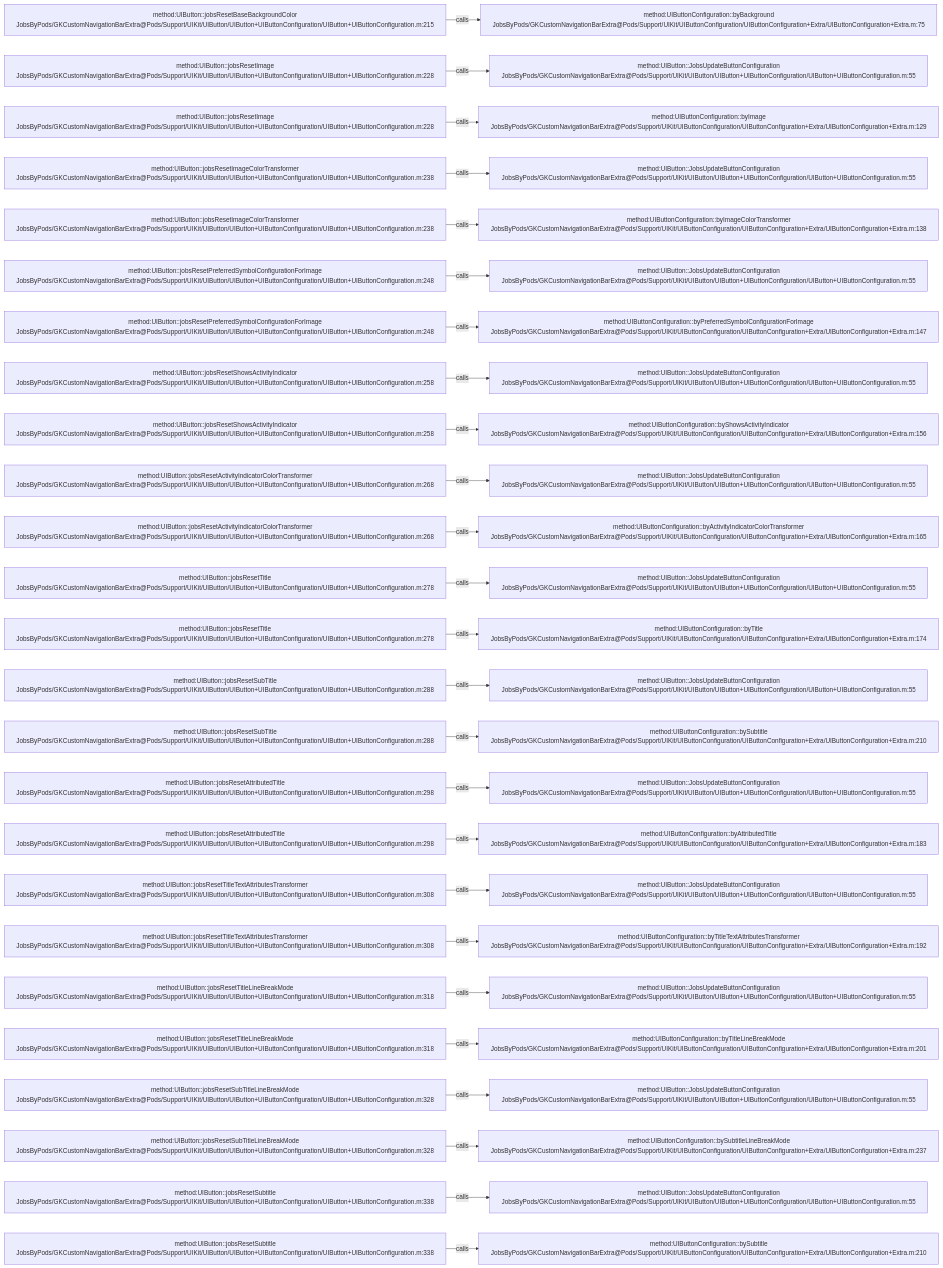
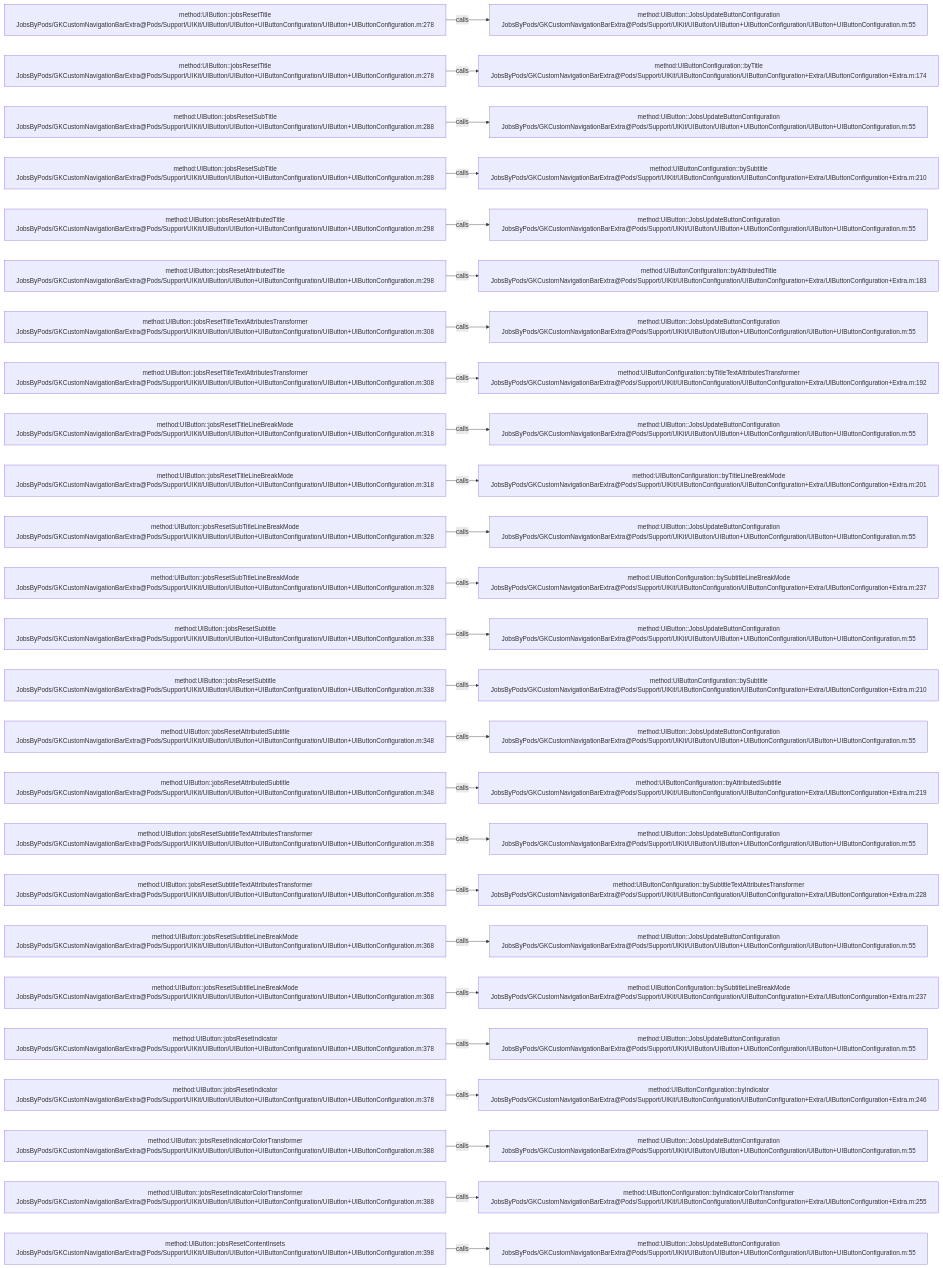
Before and after one commit to JobsKits/JobsOCBaseConfigDemo: the diagram in .codegraph/codegraph.md/graphs/calls-034.md, drawn with Mermaid. The commit also changed 223 other files, not shown here.

````diff
--- a/.codegraph/codegraph.md/graphs/calls-034.md
+++ b/.codegraph/codegraph.md/graphs/calls-034.md
@@ -13,78 +13,78 @@
 ```mermaid
 flowchart LR
-  S1["method:UIButton::jobsResetBaseBackgroundColor<br/>JobsByPods/GKCustomNavigationBarExtra@Pods/Support/UIKit/UIButton/UIButton+UIButtonConfiguration/UIButton+UIButtonConfiguration.m:215"]
-  T1["method:UIButtonConfiguration::byBackground<br/>JobsByPods/GKCustomNavigationBarExtra@Pods/Support/UIKit/UIButtonConfiguration/UIButtonConfiguration+Extra/UIButtonConfiguration+Extra.m:75"]
+  S1["method:UIButton::jobsResetTitle<br/>JobsByPods/GKCustomNavigationBarExtra@Pods/Support/UIKit/UIButton/UIButton+UIButtonConfiguration/UIButton+UIButtonConfiguration.m:278"]
+  T1["method:UIButton::JobsUpdateButtonConfiguration<br/>JobsByPods/GKCustomNavigationBarExtra@Pods/Support/UIKit/UIButton/UIButton+UIButtonConfiguration/UIButton+UIButtonConfiguration.m:55"]
   S1 -->|calls| T1
-  S2["method:UIButton::jobsResetImage<br/>JobsByPods/GKCustomNavigationBarExtra@Pods/Support/UIKit/UIButton/UIButton+UIButtonConfiguration/UIButton+UIButtonConfiguration.m:228"]
-  T2["method:UIButton::JobsUpdateButtonConfiguration<br/>JobsByPods/GKCustomNavigationBarExtra@Pods/Support/UIKit/UIButton/UIButton+UIButtonConfiguration/UIButton+UIButtonConfiguration.m:55"]
+  S2["method:UIButton::jobsResetTitle<br/>JobsByPods/GKCustomNavigationBarExtra@Pods/Support/UIKit/UIButton/UIButton+UIButtonConfiguration/UIButton+UIButtonConfiguration.m:278"]
+  T2["method:UIButtonConfiguration::byTitle<br/>JobsByPods/GKCustomNavigationBarExtra@Pods/Support/UIKit/UIButtonConfiguration/UIButtonConfiguration+Extra/UIButtonConfiguration+Extra.m:174"]
   S2 -->|calls| T2
-  S3["method:UIButton::jobsResetImage<br/>JobsByPods/GKCustomNavigationBarExtra@Pods/Support/UIKit/UIButton/UIButton+UIButtonConfiguration/UIButton+UIButtonConfiguration.m:228"]
-  T3["method:UIButtonConfiguration::byImage<br/>JobsByPods/GKCustomNavigationBarExtra@Pods/Support/UIKit/UIButtonConfiguration/UIButtonConfiguration+Extra/UIButtonConfiguration+Extra.m:129"]
+  S3["method:UIButton::jobsResetSubTitle<br/>JobsByPods/GKCustomNavigationBarExtra@Pods/Support/UIKit/UIButton/UIButton+UIButtonConfiguration/UIButton+UIButtonConfiguration.m:288"]
+  T3["method:UIButton::JobsUpdateButtonConfiguration<br/>JobsByPods/GKCustomNavigationBarExtra@Pods/Support/UIKit/UIButton/UIButton+UIButtonConfiguration/UIButton+UIButtonConfiguration.m:55"]
   S3 -->|calls| T3
-  S4["method:UIButton::jobsResetImageColorTransformer<br/>JobsByPods/GKCustomNavigationBarExtra@Pods/Support/UIKit/UIButton/UIButton+UIButtonConfiguration/UIButton+UIButtonConfiguration.m:238"]
-  T4["method:UIButton::JobsUpdateButtonConfiguration<br/>JobsByPods/GKCustomNavigationBarExtra@Pods/Support/UIKit/UIButton/UIButton+UIButtonConfiguration/UIButton+UIButtonConfiguration.m:55"]
+  S4["method:UIButton::jobsResetSubTitle<br/>JobsByPods/GKCustomNavigationBarExtra@Pods/Support/UIKit/UIButton/UIButton+UIButtonConfiguration/UIButton+UIButtonConfiguration.m:288"]
+  T4["method:UIButtonConfiguration::bySubtitle<br/>JobsByPods/GKCustomNavigationBarExtra@Pods/Support/UIKit/UIButtonConfiguration/UIButtonConfiguration+Extra/UIButtonConfiguration+Extra.m:210"]
   S4 -->|calls| T4
-  S5["method:UIButton::jobsResetImageColorTransformer<br/>JobsByPods/GKCustomNavigationBarExtra@Pods/Support/UIKit/UIButton/UIButton+UIButtonConfiguration/UIButton+UIButtonConfiguration.m:238"]
-  T5["method:UIButtonConfiguration::byImageColorTransformer<br/>JobsByPods/GKCustomNavigationBarExtra@Pods/Support/UIKit/UIButtonConfiguration/UIButtonConfiguration+Extra/UIButtonConfiguration+Extra.m:138"]
+  S5["method:UIButton::jobsResetAttributedTitle<br/>JobsByPods/GKCustomNavigationBarExtra@Pods/Support/UIKit/UIButton/UIButton+UIButtonConfiguration/UIButton+UIButtonConfiguration.m:298"]
+  T5["method:UIButton::JobsUpdateButtonConfiguration<br/>JobsByPods/GKCustomNavigationBarExtra@Pods/Support/UIKit/UIButton/UIButton+UIButtonConfiguration/UIButton+UIButtonConfiguration.m:55"]
   S5 -->|calls| T5
-  S6["method:UIButton::jobsResetPreferredSymbolConfigurationForImage<br/>JobsByPods/GKCustomNavigationBarExtra@Pods/Support/UIKit/UIButton/UIButton+UIButtonConfiguration/UIButton+UIButtonConfiguration.m:248"]
-  T6["method:UIButton::JobsUpdateButtonConfiguration<br/>JobsByPods/GKCustomNavigationBarExtra@Pods/Support/UIKit/UIButton/UIButton+UIButtonConfiguration/UIButton+UIButtonConfiguration.m:55"]
+  S6["method:UIButton::jobsResetAttributedTitle<br/>JobsByPods/GKCustomNavigationBarExtra@Pods/Support/UIKit/UIButton/UIButton+UIButtonConfiguration/UIButton+UIButtonConfiguration.m:298"]
+  T6["method:UIButtonConfiguration::byAttributedTitle<br/>JobsByPods/GKCustomNavigationBarExtra@Pods/Support/UIKit/UIButtonConfiguration/UIButtonConfiguration+Extra/UIButtonConfiguration+Extra.m:183"]
   S6 -->|calls| T6
-  S7["method:UIButton::jobsResetPreferredSymbolConfigurationForImage<br/>JobsByPods/GKCustomNavigationBarExtra@Pods/Support/UIKit/UIButton/UIButton+UIButtonConfiguration/UIButton+UIButtonConfiguration.m:248"]
-  T7["method:UIButtonConfiguration::byPreferredSymbolConfigurationForImage<br/>JobsByPods/GKCustomNavigationBarExtra@Pods/Support/UIKit/UIButtonConfiguration/UIButtonConfiguration+Extra/UIButtonConfiguration+Extra.m:147"]
+  S7["method:UIButton::jobsResetTitleTextAttributesTransformer<br/>JobsByPods/GKCustomNavigationBarExtra@Pods/Support/UIKit/UIButton/UIButton+UIButtonConfiguration/UIButton+UIButtonConfiguration.m:308"]
+  T7["method:UIButton::JobsUpdateButtonConfiguration<br/>JobsByPods/GKCustomNavigationBarExtra@Pods/Support/UIKit/UIButton/UIButton+UIButtonConfiguration/UIButton+UIButtonConfiguration.m:55"]
   S7 -->|calls| T7
-  S8["method:UIButton::jobsResetShowsActivityIndicator<br/>JobsByPods/GKCustomNavigationBarExtra@Pods/Support/UIKit/UIButton/UIButton+UIButtonConfiguration/UIButton+UIButtonConfiguration.m:258"]
-  T8["method:UIButton::JobsUpdateButtonConfiguration<br/>JobsByPods/GKCustomNavigationBarExtra@Pods/Support/UIKit/UIButton/UIButton+UIButtonConfiguration/UIButton+UIButtonConfiguration.m:55"]
+  S8["method:UIButton::jobsResetTitleTextAttributesTransformer<br/>JobsByPods/GKCustomNavigationBarExtra@Pods/Support/UIKit/UIButton/UIButton+UIButtonConfiguration/UIButton+UIButtonConfiguration.m:308"]
+  T8["method:UIButtonConfiguration::byTitleTextAttributesTransformer<br/>JobsByPods/GKCustomNavigationBarExtra@Pods/Support/UIKit/UIButtonConfiguration/UIButtonConfiguration+Extra/UIButtonConfiguration+Extra.m:192"]
   S8 -->|calls| T8
-  S9["method:UIButton::jobsResetShowsActivityIndicator<br/>JobsByPods/GKCustomNavigationBarExtra@Pods/Support/UIKit/UIButton/UIButton+UIButtonConfiguration/UIButton+UIButtonConfiguration.m:258"]
-  T9["method:UIButtonConfiguration::byShowsActivityIndicator<br/>JobsByPods/GKCustomNavigationBarExtra@Pods/Support/UIKit/UIButtonConfiguration/UIButtonConfiguration+Extra/UIButtonConfiguration+Extra.m:156"]
+  S9["method:UIButton::jobsResetTitleLineBreakMode<br/>JobsByPods/GKCustomNavigationBarExtra@Pods/Support/UIKit/UIButton/UIButton+UIButtonConfiguration/UIButton+UIButtonConfiguration.m:318"]
+  T9["method:UIButton::JobsUpdateButtonConfiguration<br/>JobsByPods/GKCustomNavigationBarExtra@Pods/Support/UIKit/UIButton/UIButton+UIButtonConfiguration/UIButton+UIButtonConfiguration.m:55"]
   S9 -->|calls| T9
-  S10["method:UIButton::jobsResetActivityIndicatorColorTransformer<br/>JobsByPods/GKCustomNavigationBarExtra@Pods/Support/UIKit/UIButton/UIButton+UIButtonConfiguration/UIButton+UIButtonConfiguration.m:268"]
-  T10["method:UIButton::JobsUpdateButtonConfiguration<br/>JobsByPods/GKCustomNavigationBarExtra@Pods/Support/UIKit/UIButton/UIButton+UIButtonConfiguration/UIButton+UIButtonConfiguration.m:55"]
+  S10["method:UIButton::jobsResetTitleLineBreakMode<br/>JobsByPods/GKCustomNavigationBarExtra@Pods/Support/UIKit/UIButton/UIButton+UIButtonConfiguration/UIButton+UIButtonConfiguration.m:318"]
+  T10["method:UIButtonConfiguration::byTitleLineBreakMode<br/>JobsByPods/GKCustomNavigationBarExtra@Pods/Support/UIKit/UIButtonConfiguration/UIButtonConfiguration+Extra/UIButtonConfiguration+Extra.m:201"]
   S10 -->|calls| T10
-  S11["method:UIButton::jobsResetActivityIndicatorColorTransformer<br/>JobsByPods/GKCustomNavigationBarExtra@Pods/Support/UIKit/UIButton/UIButton+UIButtonConfiguration/UIButton+UIButtonConfiguration.m:268"]
-  T11["method:UIButtonConfiguration::byActivityIndicatorColorTransformer<br/>JobsByPods/GKCustomNavigationBarExtra@Pods/Support/UIKit/UIButtonConfiguration/UIButtonConfiguration+Extra/UIButtonConfiguration+Extra.m:165"]
+  S11["method:UIButton::jobsResetSubTitleLineBreakMode<br/>JobsByPods/GKCustomNavigationBarExtra@Pods/Support/UIKit/UIButton/UIButton+UIButtonConfiguration/UIButton+UIButtonConfiguration.m:328"]
+  T11["method:UIButton::JobsUpdateButtonConfiguration<br/>JobsByPods/GKCustomNavigationBarExtra@Pods/Support/UIKit/UIButton/UIButton+UIButtonConfiguration/UIButton+UIButtonConfiguration.m:55"]
   S11 -->|calls| T11
-  S12["method:UIButton::jobsResetTitle<br/>JobsByPods/GKCustomNavigationBarExtra@Pods/Support/UIKit/UIButton/UIButton+UIButtonConfiguration/UIButton+UIButtonConfiguration.m:278"]
-  T12["method:UIButton::JobsUpdateButtonConfiguration<br/>JobsByPods/GKCustomNavigationBarExtra@Pods/Support/UIKit/UIButton/UIButton+UIButtonConfiguration/UIButton+UIButtonConfiguration.m:55"]
+  S12["method:UIButton::jobsResetSubTitleLineBreakMode<br/>JobsByPods/GKCustomNavigationBarExtra@Pods/Support/UIKit/UIButton/UIButton+UIButtonConfiguration/UIButton+UIButtonConfiguration.m:328"]
+  T12["method:UIButtonConfiguration::bySubtitleLineBreakMode<br/>JobsByPods/GKCustomNavigationBarExtra@Pods/Support/UIKit/UIButtonConfiguration/UIButtonConfiguration+Extra/UIButtonConfiguration+Extra.m:237"]
   S12 -->|calls| T12
-  S13["method:UIButton::jobsResetTitle<br/>JobsByPods/GKCustomNavigationBarExtra@Pods/Support/UIKit/UIButton/UIButton+UIButtonConfiguration/UIButton+UIButtonConfiguration.m:278"]
-  T13["method:UIButtonConfiguration::byTitle<br/>JobsByPods/GKCustomNavigationBarExtra@Pods/Support/UIKit/UIButtonConfiguration/UIButtonConfiguration+Extra/UIButtonConfiguration+Extra.m:174"]
+  S13["method:UIButton::jobsResetSubtitle<br/>JobsByPods/GKCustomNavigationBarExtra@Pods/Support/UIKit/UIButton/UIButton+UIButtonConfiguration/UIButton+UIButtonConfiguration.m:338"]
+  T13["method:UIButton::JobsUpdateButtonConfiguration<br/>JobsByPods/GKCustomNavigationBarExtra@Pods/Support/UIKit/UIButton/UIButton+UIButtonConfiguration/UIButton+UIButtonConfiguration.m:55"]
   S13 -->|calls| T13
-  S14["method:UIButton::jobsResetSubTitle<br/>JobsByPods/GKCustomNavigationBarExtra@Pods/Support/UIKit/UIButton/UIButton+UIButtonConfiguration/UIButton+UIButtonConfiguration.m:288"]
-  T14["method:UIButton::JobsUpdateButtonConfiguration<br/>JobsByPods/GKCustomNavigationBarExtra@Pods/Support/UIKit/UIButton/UIButton+UIButtonConfiguration/UIButton+UIButtonConfiguration.m:55"]
+  S14["method:UIButton::jobsResetSubtitle<br/>JobsByPods/GKCustomNavigationBarExtra@Pods/Support/UIKit/UIButton/UIButton+UIButtonConfiguration/UIButton+UIButtonConfiguration.m:338"]
+  T14["method:UIButtonConfiguration::bySubtitle<br/>JobsByPods/GKCustomNavigationBarExtra@Pods/Support/UIKit/UIButtonConfiguration/UIButtonConfiguration+Extra/UIButtonConfiguration+Extra.m:210"]
   S14 -->|calls| T14
-  S15["method:UIButton::jobsResetSubTitle<br/>JobsByPods/GKCustomNavigationBarExtra@Pods/Support/UIKit/UIButton/UIButton+UIButtonConfiguration/UIButton+UIButtonConfiguration.m:288"]
-  T15["method:UIButtonConfiguration::bySubtitle<br/>JobsByPods/GKCustomNavigationBarExtra@Pods/Support/UIKit/UIButtonConfiguration/UIButtonConfiguration+Extra/UIButtonConfiguration+Extra.m:210"]
+  S15["method:UIButton::jobsResetAttributedSubtitle<br/>JobsByPods/GKCustomNavigationBarExtra@Pods/Support/UIKit/UIButton/UIButton+UIButtonConfiguration/UIButton+UIButtonConfiguration.m:348"]
+  T15["method:UIButton::JobsUpdateButtonConfiguration<br/>JobsByPods/GKCustomNavigationBarExtra@Pods/Support/UIKit/UIButton/UIButton+UIButtonConfiguration/UIButton+UIButtonConfiguration.m:55"]
   S15 -->|calls| T15
-  S16["method:UIButton::jobsResetAttributedTitle<br/>JobsByPods/GKCustomNavigationBarExtra@Pods/Support/UIKit/UIButton/UIButton+UIButtonConfiguration/UIButton+UIButtonConfiguration.m:298"]
-  T16["method:UIButton::JobsUpdateButtonConfiguration<br/>JobsByPods/GKCustomNavigationBarExtra@Pods/Support/UIKit/UIButton/UIButton+UIButtonConfiguration/UIButton+UIButtonConfiguration.m:55"]
+  S16["method:UIButton::jobsResetAttributedSubtitle<br/>JobsByPods/GKCustomNavigationBarExtra@Pods/Support/UIKit/UIButton/UIButton+UIButtonConfiguration/UIButton+UIButtonConfiguration.m:348"]
+  T16["method:UIButtonConfiguration::byAttributedSubtitle<br/>JobsByPods/GKCustomNavigationBarExtra@Pods/Support/UIKit/UIButtonConfiguration/UIButtonConfiguration+Extra/UIButtonConfiguration+Extra.m:219"]
   S16 -->|calls| T16
-  S17["method:UIButton::jobsResetAttributedTitle<br/>JobsByPods/GKCustomNavigationBarExtra@Pods/Support/UIKit/UIButton/UIButton+UIButtonConfiguration/UIButton+UIButtonConfiguration.m:298"]
-  T17["method:UIButtonConfiguration::byAttributedTitle<br/>JobsByPods/GKCustomNavigationBarExtra@Pods/Support/UIKit/UIButtonConfiguration/UIButtonConfiguration+Extra/UIButtonConfiguration+Extra.m:183"]
+  S17["method:UIButton::jobsResetSubtitleTextAttributesTransformer<br/>JobsByPods/GKCustomNavigationBarExtra@Pods/Support/UIKit/UIButton/UIButton+UIButtonConfiguration/UIButton+UIButtonConfiguration.m:358"]
+  T17["method:UIButton::JobsUpdateButtonConfiguration<br/>JobsByPods/GKCustomNavigationBarExtra@Pods/Support/UIKit/UIButton/UIButton+UIButtonConfiguration/UIButton+UIButtonConfiguration.m:55"]
   S17 -->|calls| T17
-  S18["method:UIButton::jobsResetTitleTextAttributesTransformer<br/>JobsByPods/GKCustomNavigationBarExtra@Pods/Support/UIKit/UIButton/UIButton+UIButtonConfiguration/UIButton+UIButtonConfiguration.m:308"]
-  T18["method:UIButton::JobsUpdateButtonConfiguration<br/>JobsByPods/GKCustomNavigationBarExtra@Pods/Support/UIKit/UIButton/UIButton+UIButtonConfiguration/UIButton+UIButtonConfiguration.m:55"]
+  S18["method:UIButton::jobsResetSubtitleTextAttributesTransformer<br/>JobsByPods/GKCustomNavigationBarExtra@Pods/Support/UIKit/UIButton/UIButton+UIButtonConfiguration/UIButton+UIButtonConfiguration.m:358"]
+  T18["method:UIButtonConfiguration::bySubtitleTextAttributesTransformer<br/>JobsByPods/GKCustomNavigationBarExtra@Pods/Support/UIKit/UIButtonConfiguration/UIButtonConfiguration+Extra/UIButtonConfiguration+Extra.m:228"]
   S18 -->|calls| T18
-  S19["method:UIButton::jobsResetTitleTextAttributesTransformer<br/>JobsByPods/GKCustomNavigationBarExtra@Pods/Support/UIKit/UIButton/UIButton+UIButtonConfiguration/UIButton+UIButtonConfiguration.m:308"]
-  T19["method:UIButtonConfiguration::byTitleTextAttributesTransformer<br/>JobsByPods/GKCustomNavigationBarExtra@Pods/Support/UIKit/UIButtonConfiguration/UIButtonConfiguration+Extra/UIButtonConfiguration+Extra.m:192"]
+  S19["method:UIButton::jobsResetSubtitleLineBreakMode<br/>JobsByPods/GKCustomNavigationBarExtra@Pods/Support/UIKit/UIButton/UIButton+UIButtonConfiguration/UIButton+UIButtonConfiguration.m:368"]
+  T19["method:UIButton::JobsUpdateButtonConfiguration<br/>JobsByPods/GKCustomNavigationBarExtra@Pods/Support/UIKit/UIButton/UIButton+UIButtonConfiguration/UIButton+UIButtonConfiguration.m:55"]
   S19 -->|calls| T19
-  S20["method:UIButton::jobsResetTitleLineBreakMode<br/>JobsByPods/GKCustomNavigationBarExtra@Pods/Support/UIKit/UIButton/UIButton+UIButtonConfiguration/UIButton+UIButtonConfiguration.m:318"]
-  T20["method:UIButton::JobsUpdateButtonConfiguration<br/>JobsByPods/GKCustomNavigationBarExtra@Pods/Support/UIKit/UIButton/UIButton+UIButtonConfiguration/UIButton+UIButtonConfiguration.m:55"]
+  S20["method:UIButton::jobsResetSubtitleLineBreakMode<br/>JobsByPods/GKCustomNavigationBarExtra@Pods/Support/UIKit/UIButton/UIButton+UIButtonConfiguration/UIButton+UIButtonConfiguration.m:368"]
+  T20["method:UIButtonConfiguration::bySubtitleLineBreakMode<br/>JobsByPods/GKCustomNavigationBarExtra@Pods/Support/UIKit/UIButtonConfiguration/UIButtonConfiguration+Extra/UIButtonConfiguration+Extra.m:237"]
   S20 -->|calls| T20
-  S21["method:UIButton::jobsResetTitleLineBreakMode<br/>JobsByPods/GKCustomNavigationBarExtra@Pods/Support/UIKit/UIButton/UIButton+UIButtonConfiguration/UIButton+UIButtonConfiguration.m:318"]
-  T21["method:UIButtonConfiguration::byTitleLineBreakMode<br/>JobsByPods/GKCustomNavigationBarExtra@Pods/Support/UIKit/UIButtonConfiguration/UIButtonConfiguration+Extra/UIButtonConfiguration+Extra.m:201"]
+  S21["method:UIButton::jobsResetIndicator<br/>JobsByPods/GKCustomNavigationBarExtra@Pods/Support/UIKit/UIButton/UIButton+UIButtonConfiguration/UIButton+UIButtonConfiguration.m:378"]
+  T21["method:UIButton::JobsUpdateButtonConfiguration<br/>JobsByPods/GKCustomNavigationBarExtra@Pods/Support/UIKit/UIButton/UIButton+UIButtonConfiguration/UIButton+UIButtonConfiguration.m:55"]
   S21 -->|calls| T21
-  S22["method:UIButton::jobsResetSubTitleLineBreakMode<br/>JobsByPods/GKCustomNavigationBarExtra@Pods/Support/UIKit/UIButton/UIButton+UIButtonConfiguration/UIButton+UIButtonConfiguration.m:328"]
-  T22["method:UIButton::JobsUpdateButtonConfiguration<br/>JobsByPods/GKCustomNavigationBarExtra@Pods/Support/UIKit/UIButton/UIButton+UIButtonConfiguration/UIButton+UIButtonConfiguration.m:55"]
+  S22["method:UIButton::jobsResetIndicator<br/>JobsByPods/GKCustomNavigationBarExtra@Pods/Support/UIKit/UIButton/UIButton+UIButtonConfiguration/UIButton+UIButtonConfiguration.m:378"]
+  T22["method:UIButtonConfiguration::byIndicator<br/>JobsByPods/GKCustomNavigationBarExtra@Pods/Support/UIKit/UIButtonConfiguration/UIButtonConfiguration+Extra/UIButtonConfiguration+Extra.m:246"]
   S22 -->|calls| T22
-  S23["method:UIButton::jobsResetSubTitleLineBreakMode<br/>JobsByPods/GKCustomNavigationBarExtra@Pods/Support/UIKit/UIButton/UIButton+UIButtonConfiguration/UIButton+UIButtonConfiguration.m:328"]
-  T23["method:UIButtonConfiguration::bySubtitleLineBreakMode<br/>JobsByPods/GKCustomNavigationBarExtra@Pods/Support/UIKit/UIButtonConfiguration/UIButtonConfiguration+Extra/UIButtonConfiguration+Extra.m:237"]
+  S23["method:UIButton::jobsResetIndicatorColorTransformer<br/>JobsByPods/GKCustomNavigationBarExtra@Pods/Support/UIKit/UIButton/UIButton+UIButtonConfiguration/UIButton+UIButtonConfiguration.m:388"]
+  T23["method:UIButton::JobsUpdateButtonConfiguration<br/>JobsByPods/GKCustomNavigationBarExtra@Pods/Support/UIKit/UIButton/UIButton+UIButtonConfiguration/UIButton+UIButtonConfiguration.m:55"]
   S23 -->|calls| T23
-  S24["method:UIButton::jobsResetSubtitle<br/>JobsByPods/GKCustomNavigationBarExtra@Pods/Support/UIKit/UIButton/UIButton+UIButtonConfiguration/UIButton+UIButtonConfiguration.m:338"]
-  T24["method:UIButton::JobsUpdateButtonConfiguration<br/>JobsByPods/GKCustomNavigationBarExtra@Pods/Support/UIKit/UIButton/UIButton+UIButtonConfiguration/UIButton+UIButtonConfiguration.m:55"]
+  S24["method:UIButton::jobsResetIndicatorColorTransformer<br/>JobsByPods/GKCustomNavigationBarExtra@Pods/Support/UIKit/UIButton/UIButton+UIButtonConfiguration/UIButton+UIButtonConfiguration.m:388"]
+  T24["method:UIButtonConfiguration::byIndicatorColorTransformer<br/>JobsByPods/GKCustomNavigationBarExtra@Pods/Support/UIKit/UIButtonConfiguration/UIButtonConfiguration+Extra/UIButtonConfiguration+Extra.m:255"]
   S24 -->|calls| T24
-  S25["method:UIButton::jobsResetSubtitle<br/>JobsByPods/GKCustomNavigationBarExtra@Pods/Support/UIKit/UIButton/UIButton+UIButtonConfiguration/UIButton+UIButtonConfiguration.m:338"]
-  T25["method:UIButtonConfiguration::bySubtitle<br/>JobsByPods/GKCustomNavigationBarExtra@Pods/Support/UIKit/UIButtonConfiguration/UIButtonConfiguration+Extra/UIButtonConfiguration+Extra.m:210"]
+  S25["method:UIButton::jobsResetContentInsets<br/>JobsByPods/GKCustomNavigationBarExtra@Pods/Support/UIKit/UIButton/UIButton+UIButtonConfiguration/UIButton+UIButtonConfiguration.m:398"]
+  T25["method:UIButton::JobsUpdateButtonConfiguration<br/>JobsByPods/GKCustomNavigationBarExtra@Pods/Support/UIKit/UIButton/UIButton+UIButtonConfiguration/UIButton+UIButtonConfiguration.m:55"]
   S25 -->|calls| T25
 ```
````
